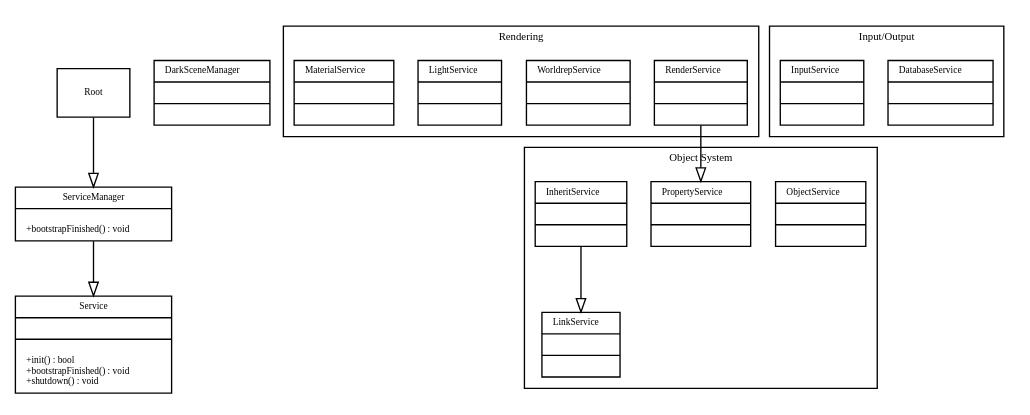
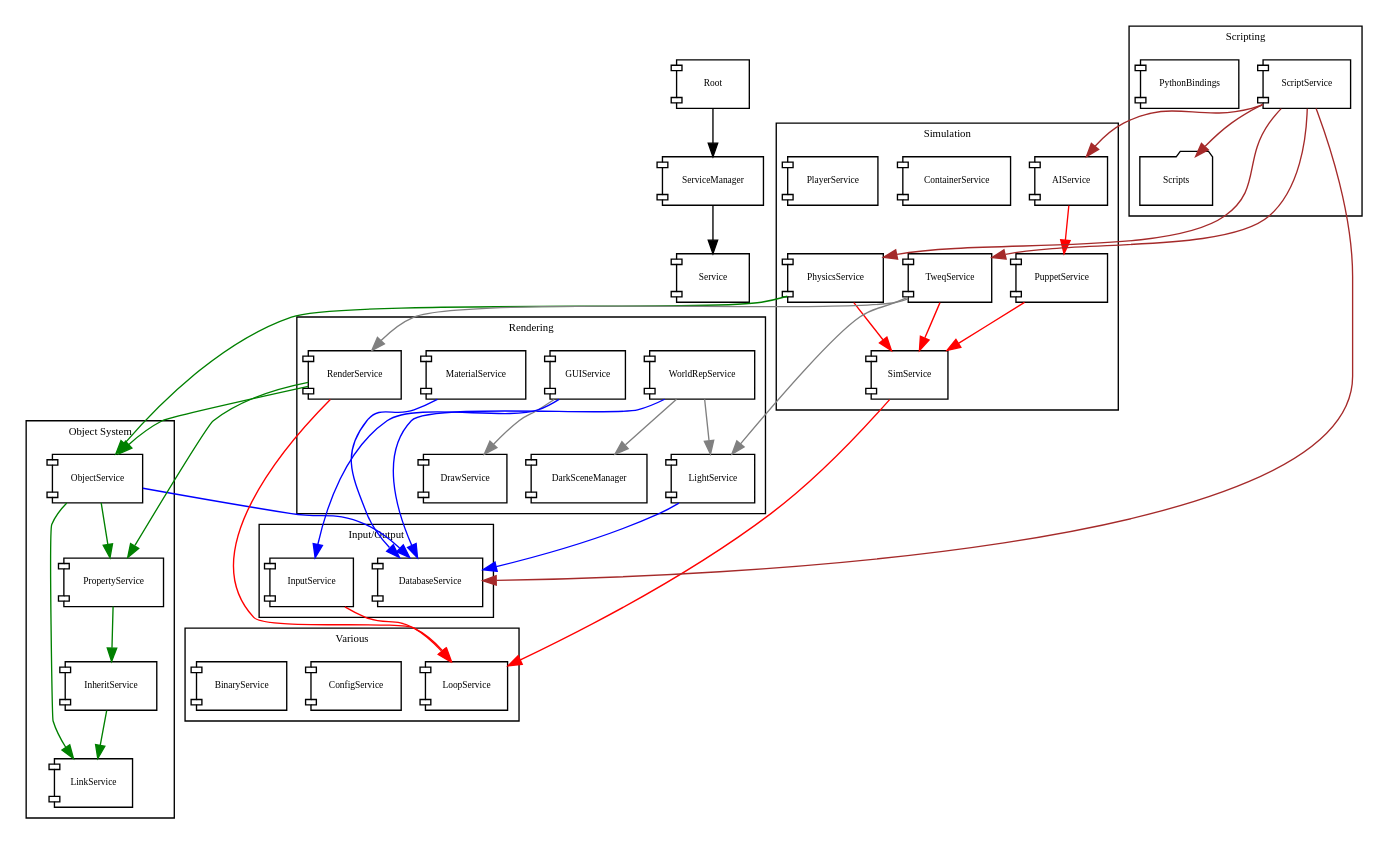
Before and after one commit to volca02/openDarkEngine: the diagram in doc/src/overview.dot, drawn with Graphviz. The commit also changed 3 other files, not shown here.

Commit message:
+ Manual building changes + Overview graph now pretty complete + every .dot graph now built automatically

```diff
--- a/doc/src/overview.dot
+++ b/doc/src/overview.dot
@@ -1,96 +1,149 @@
 digraph G {
 	fontname = "Bitstream Vera Sans"
 	fontsize = 8
 	
 	node [
 		fontname = "Bitstream Vera Sans"
 		fontsize = 7
-		shape = "record"	
+		shape = "component"	
 	]
 	
 	edge [
 		fontname = "Bitstream Vera Sans"
 		fontsize = 7
 	]
 	
-		
 	Root [
-		label = "{Root}"
+		label = "Root"
 	]
 		
 	ServiceManager [
-		label = "{ServiceManager |\l+bootstrapFinished() : void\l}"
+		label = "ServiceManager"
 	]
 		
 	Service [
-		label = "{Service ||\l+init() : bool\l+bootstrapFinished() : void\l+shutdown() : void\l}"
+		label = "Service"
 	]	
 	
-	DarkSceneManager [
-		label = "{DarkSceneManager\l||}"
-	]
 		
 	subgraph clusterObjSys {
 		label = "Object System"
 		
-		ObjectService [
-			label = "{ObjectService\l||}"
-		]
-		
-		PropertyService [
-			label = "{PropertyService\l||}"
-		]
-		
-		LinkService [
-			label = "{LinkService\l||}"
-		]
-		
-		InheritService [
-			label = "{InheritService\l||}"
-		]
+		ObjectService 
+		PropertyService
+		LinkService
+		InheritService
 	}
 	
 	subgraph clusterRender {
 		label = "Rendering"
 		
-		RenderService [
-			label = "{RenderService\l||}"
-		]
-		
-		WorldRepService [
-			label = "{WorldrepService\l||}"
-		]
-		
-		LightService [
-			label = "{LightService\l||}"
-		]
-		
-		MaterialService [
-			label = "{MaterialService\l||}"
-		]
+		RenderService
+		WorldRepService
+		LightService
+		MaterialService
+		DarkSceneManager
+		GUIService
+		DrawService
 	}
 	
 	subgraph clusterIO {
 		label = "Input/Output"
 		
-		DatabaseService [
-			label = "{DatabaseService\l||}"
+		DatabaseService
+		InputService
+	}
+	
+	subgraph clusterSim {
+		label = "Simulation"
+		
+		PhysicsService
+		TweqService
+		PuppetService
+		AIService
+		ContainerService
+		PlayerService
+		SimService
+	}
+
+	subgraph clusterScripting {
+		label = "Scripting"
+		
+		ScriptService
+		PythonBindings
+		Scripts [
+			label = "Scripts"
+			shape = "folder"
 		]
 		
-		InputService [
-			label = "{InputService\l||}"
-		]
 	}
 	
-		
+	subgraph clusterVarious {
+		label = "Various"
+	
+		LoopService
+		ConfigService
+		BinaryService
+	}
+	
+	Root -> ServiceManager
+	ServiceManager -> Service
+
 	edge [
-		arrowhead = "empty"
+		color = "gray"
+	]
+
+
+	WorldRepService -> DarkSceneManager
+	
+	TweqService -> RenderService
+	TweqService -> LightService
+	
+	GUIService -> DrawService
+	
+	WorldRepService -> LightService
+
+	edge [
+		color = "red"
 	]
 	
-	ServiceManager -> Service
-	Root -> ServiceManager
+	SimService -> LoopService
+	PuppetService -> SimService
+	TweqService -> SimService
+	PhysicsService -> SimService
+	RenderService -> LoopService
+	InputService -> LoopService
+	AIService -> PuppetService
+
+	edge [
+		color = "green"
+	]
+
+	RenderService -> PropertyService
+	RenderService -> ObjectService
+	PhysicsService -> ObjectService
+	ObjectService -> PropertyService
+	ObjectService -> LinkService
+	InheritService -> LinkService
+	PropertyService -> InheritService
+
+	edge [
+		color = "blue"
+	]
 	
-	InheritService -> LinkService
+	ObjectService -> DatabaseService
+	WorldRepService -> DatabaseService
+	LightService -> DatabaseService
+	MaterialService -> DatabaseService
+	GUIService -> InputService
 	
-	RenderService -> PropertyService
+	edge [
+		color = "brown"
+	]
+	
+	ScriptService -> Scripts
+	ScriptService -> PhysicsService 
+	ScriptService -> TweqService
+	ScriptService -> AIService
+	ScriptService -> DatabaseService
 }
```
